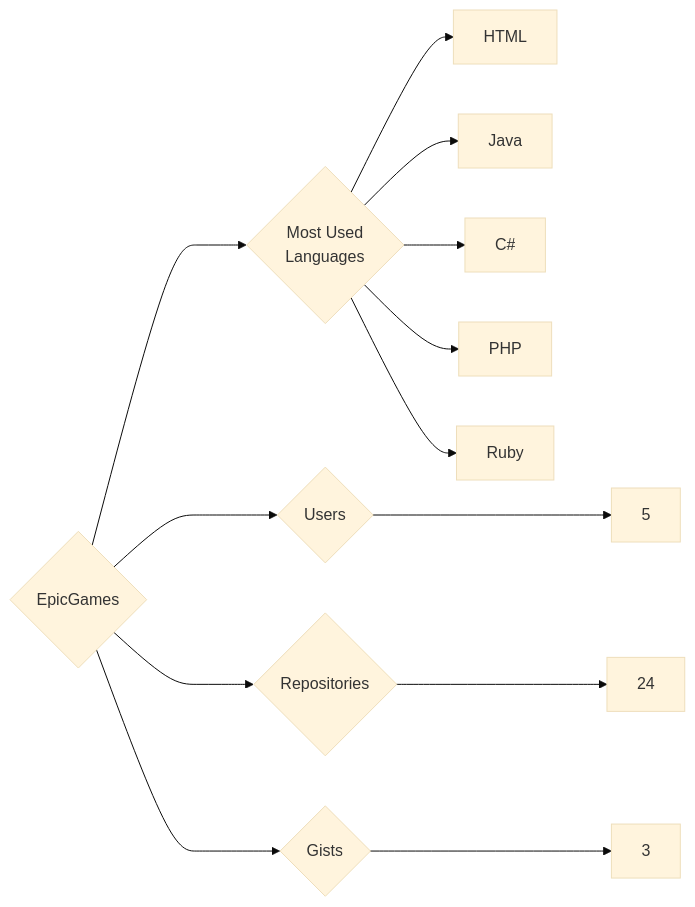
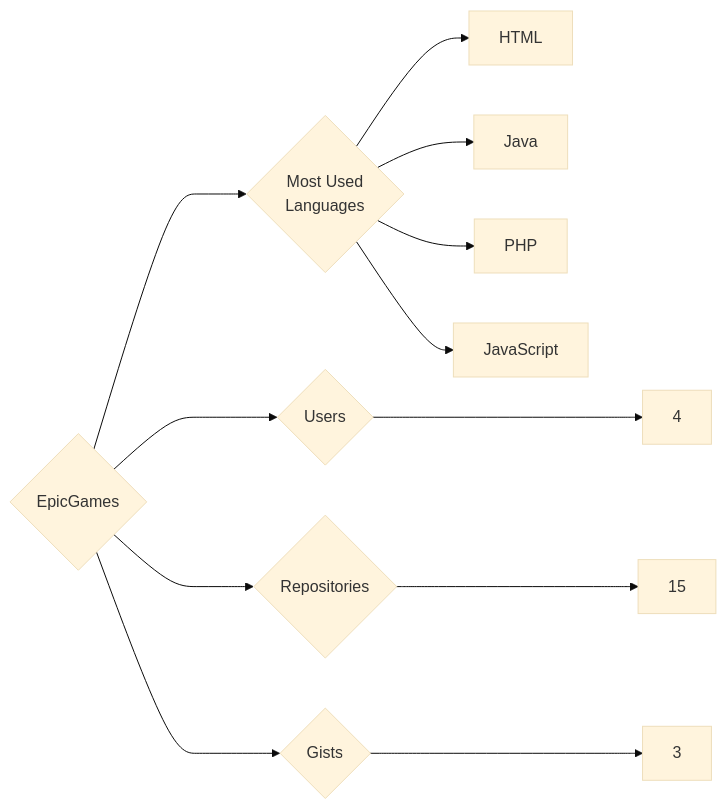
One commit to trickest/insiders changed the diagram in targets/EpicGames/README.md. Above: the diagram before and after it, drawn with Mermaid (base theme). The commit also changed 985 other files, not shown here.

````diff
--- a/targets/EpicGames/README.md
+++ b/targets/EpicGames/README.md
@@ -3,13 +3,12 @@
 ```mermaid
 graph LR
 COMPANY_NAME{EpicGames}
-COMPANY_NAME ---> U{Users} ---> UN[5]
-COMPANY_NAME ---> R{Repositories} ---> RN[24]
+COMPANY_NAME ---> U{Users} ---> UN[4]
+COMPANY_NAME ---> R{Repositories} ---> RN[15]
 COMPANY_NAME ---> G{Gists} ---> GN[3]
 COMPANY_NAME ---> ML{Most Used<br>Languages}
 ML --> HTML[HTML]
 ML --> Java[Java]
-ML --> C#[C#]
 ML --> PHP[PHP]
-ML --> Ruby[Ruby]
+ML --> JavaScript[JavaScript]
 ```
````
